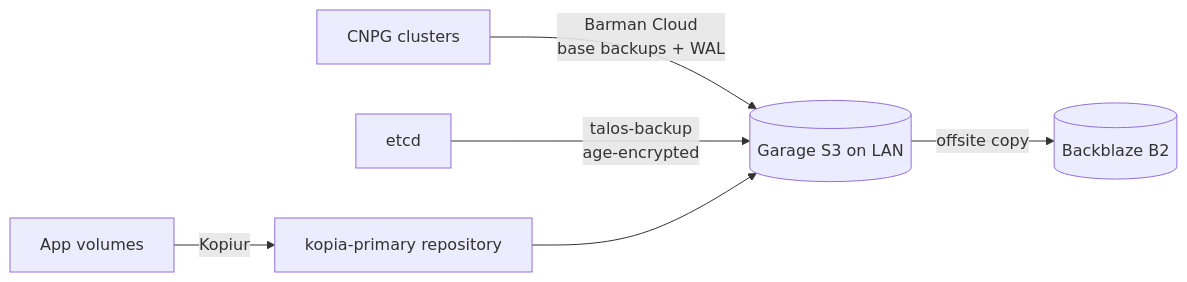
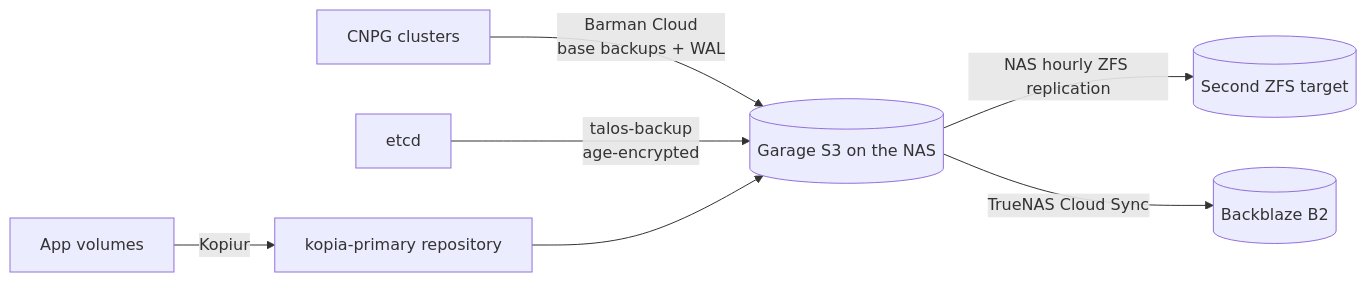
One commit to Darkflame72/home-ops changed the diagram in docs/backups.md. Above: the diagram before and after it, drawn with Mermaid. The commit also changed other lines of this file and 1 other file, not shown here.

First line of the commit message:
docs(backups): document TrueNAS replication and Cloud Sync to B2

````diff
--- a/docs/backups.md
+++ b/docs/backups.md
@@ -16,8 +17,9 @@
 ```mermaid
 flowchart LR
     PVC["App volumes"] -->|Kopiur| KREPO["kopia-primary repository"]
     PG["CNPG clusters"] -->|Barman Cloud<br/>base backups + WAL| S3
     ETCD["etcd"] -->|talos-backup<br/>age-encrypted| S3
-    KREPO --> S3[("Garage S3 on LAN")]
-    S3 -->|offsite copy| B2[("Backblaze B2")]
+    KREPO --> S3[("Garage S3 on the NAS")]
+    S3 -->|NAS hourly ZFS replication| ZFS[("Second ZFS target")]
+    S3 -->|TrueNAS Cloud Sync| B2[("Backblaze B2")]
 ```
````
